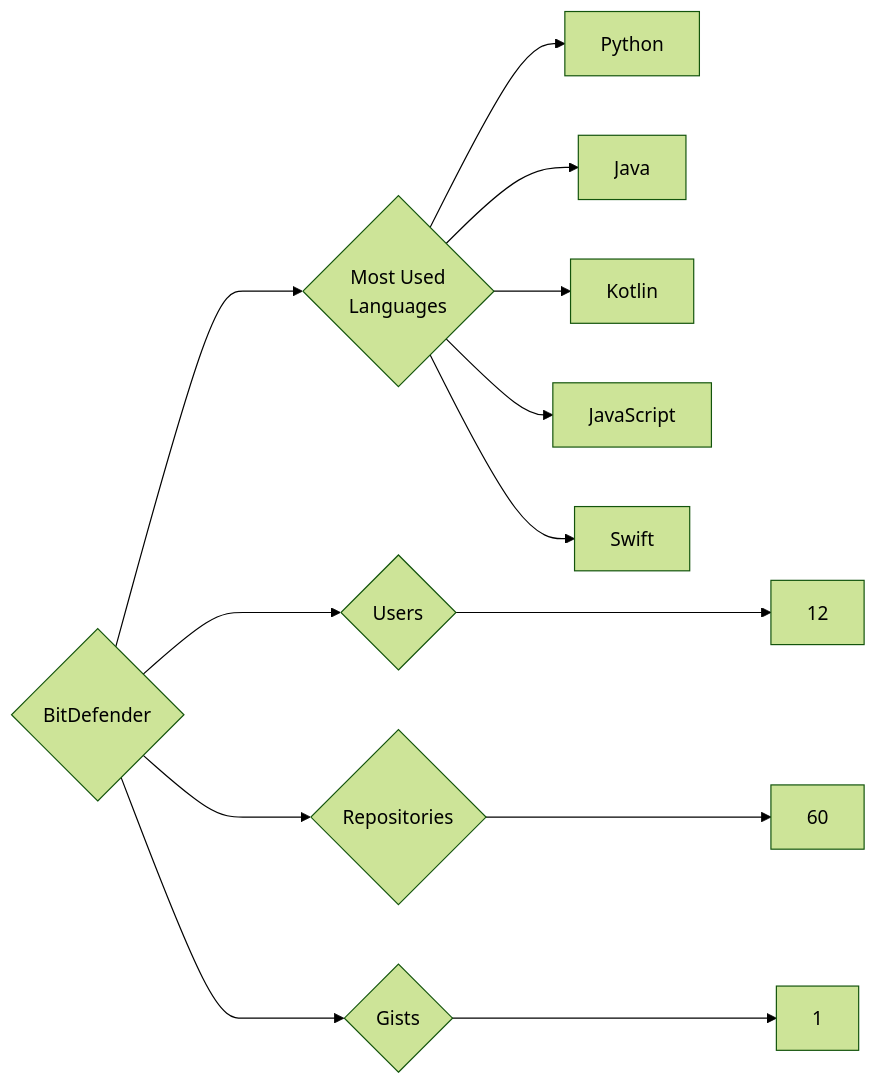
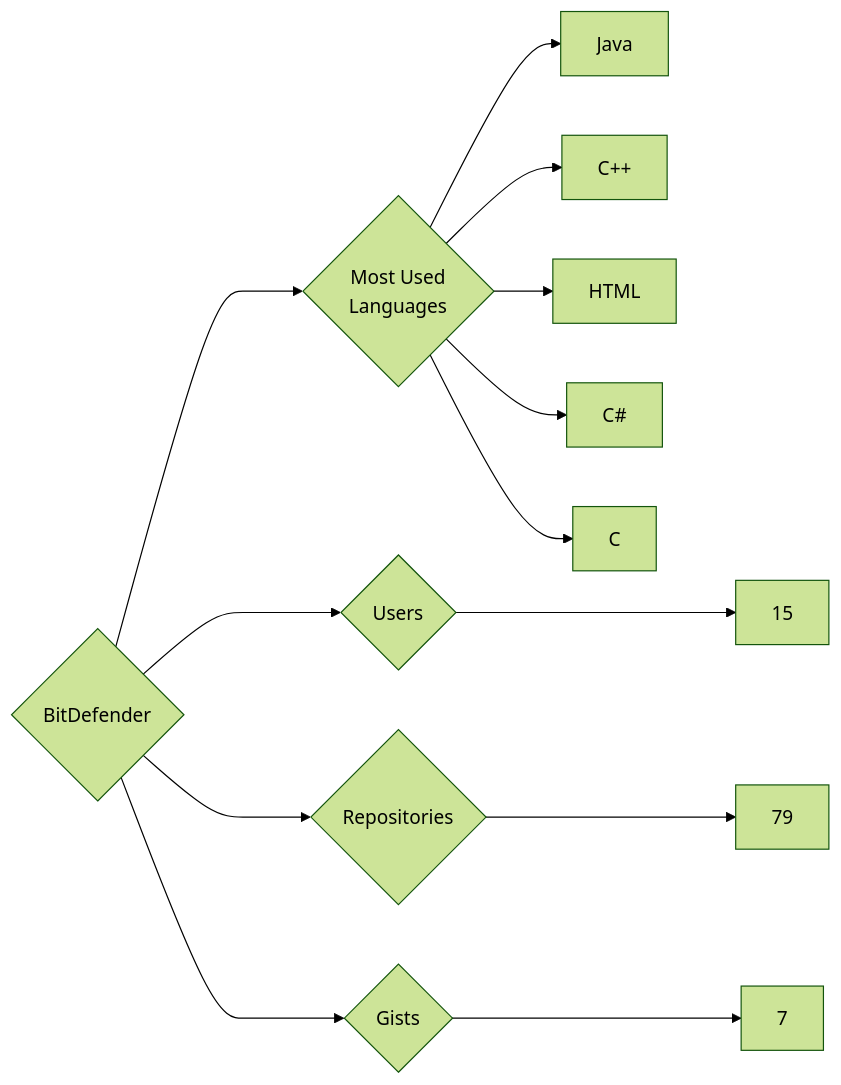
Before and after one commit to trickest/insiders: the diagram in targets/BitDefender/README.md, drawn with Mermaid (forest theme). The commit also changed 681 other files, not shown here.

````diff
--- a/targets/BitDefender/README.md
+++ b/targets/BitDefender/README.md
@@ -3,13 +3,13 @@
 ```mermaid
 graph LR
 COMPANY_NAME{BitDefender}
-COMPANY_NAME ---> U{Users} ---> UN[12]
-COMPANY_NAME ---> R{Repositories} ---> RN[60]
-COMPANY_NAME ---> G{Gists} ---> GN[1]
+COMPANY_NAME ---> U{Users} ---> UN[15]
+COMPANY_NAME ---> R{Repositories} ---> RN[79]
+COMPANY_NAME ---> G{Gists} ---> GN[7]
 COMPANY_NAME ---> ML{Most Used<br>Languages}
-ML --> Python[Python]
 ML --> Java[Java]
-ML --> Kotlin[Kotlin]
-ML --> JavaScript[JavaScript]
-ML --> Swift[Swift]
+ML --> C++[C++]
+ML --> HTML[HTML]
+ML --> C#[C#]
+ML --> C[C]
 ```
````
